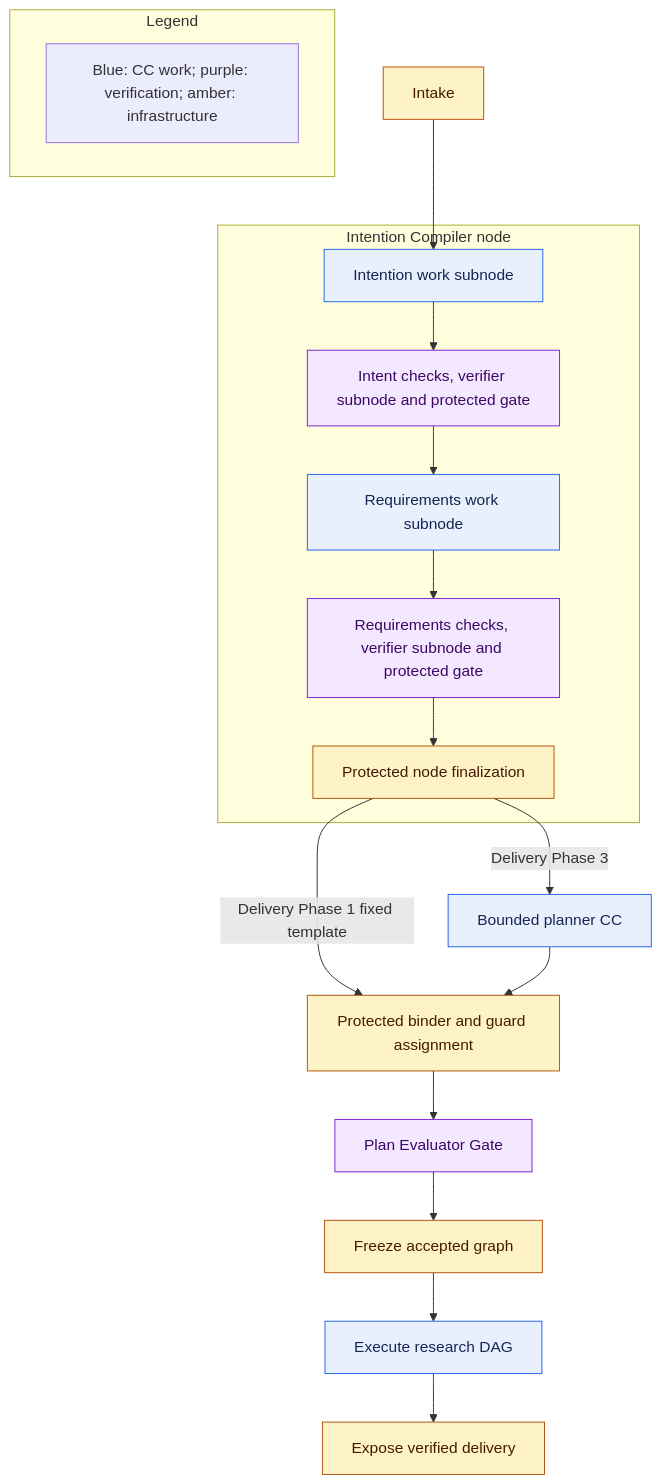
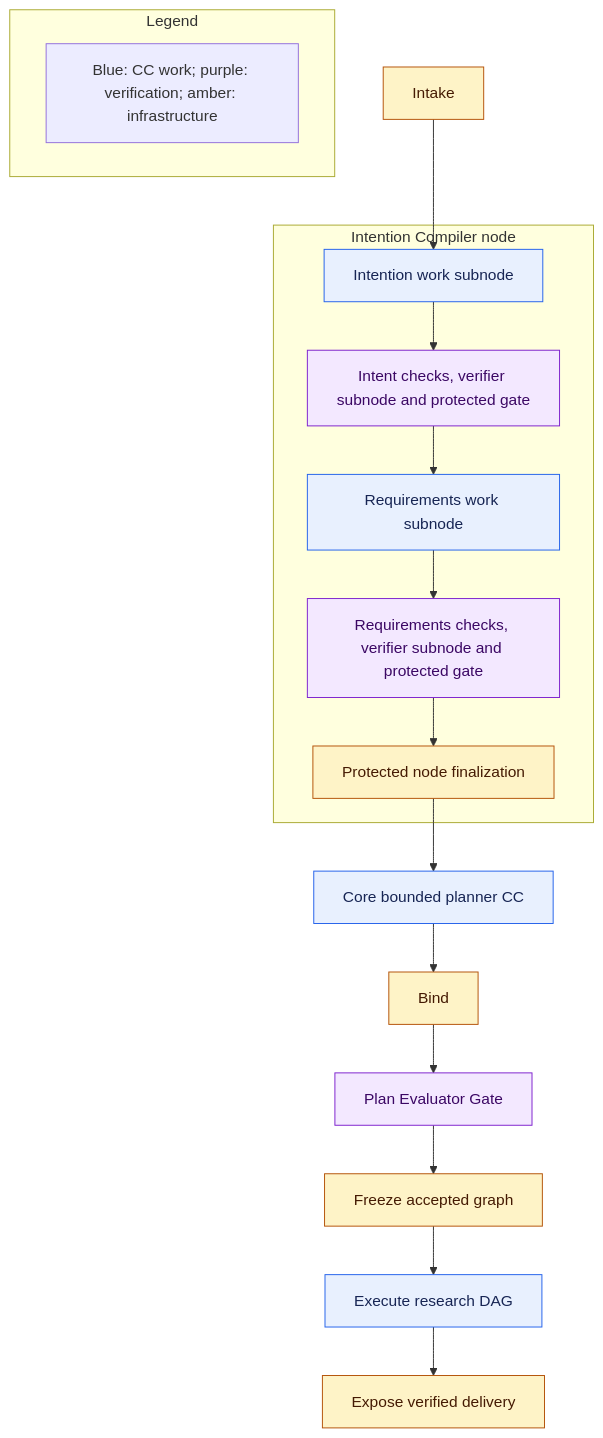
Before and after one commit to Stellven/jiuwenswarm: the first of 2 diagrams in docs/architecture/design-package/workflow.md, drawn with Mermaid. The commit also changed other lines of this file and 114 other files, not shown here.

````diff
--- a/docs/architecture/design-package/workflow.md
+++ b/docs/architecture/design-package/workflow.md
@@ -11,27 +13,26 @@
 ```mermaid
 flowchart TB
     Intake[Intake] --> Intent
     subgraph Compiler[Intention Compiler node]
         Intent[Intention work subnode]
     Intent --> IV[Intent checks, verifier subnode and protected gate]
     IV --> Req[Requirements work subnode]
     Req --> RV[Requirements checks, verifier subnode and protected gate]
     RV --> NG[Protected node finalization]
     end
-    NG -->|Delivery Phase 1 fixed template| Bind[Protected binder and guard assignment]
-    NG -->|Delivery Phase 3| Plan[Bounded planner CC]
+    NG --> Plan[Core bounded planner CC]
     Plan --> Bind
     Bind --> PV[Plan Evaluator Gate]
     PV --> Freeze[Freeze accepted graph]
     Freeze --> Run[Execute research DAG]
     Run --> Out[Expose verified delivery]
     subgraph Legend[Legend]
         Key[Blue: CC work; purple: verification; amber: infrastructure]
     end
     classDef work fill:#E8F0FE,stroke:#2563EB,color:#172554
     classDef verify fill:#F3E8FF,stroke:#7E22CE,color:#3B0764
     classDef control fill:#FEF3C7,stroke:#B45309,color:#451A03
     class Intent,Req,Plan,Run work
     class IV,RV,PV verify
     class Intake,Bind,Freeze,Out,NG control
 ```
````
